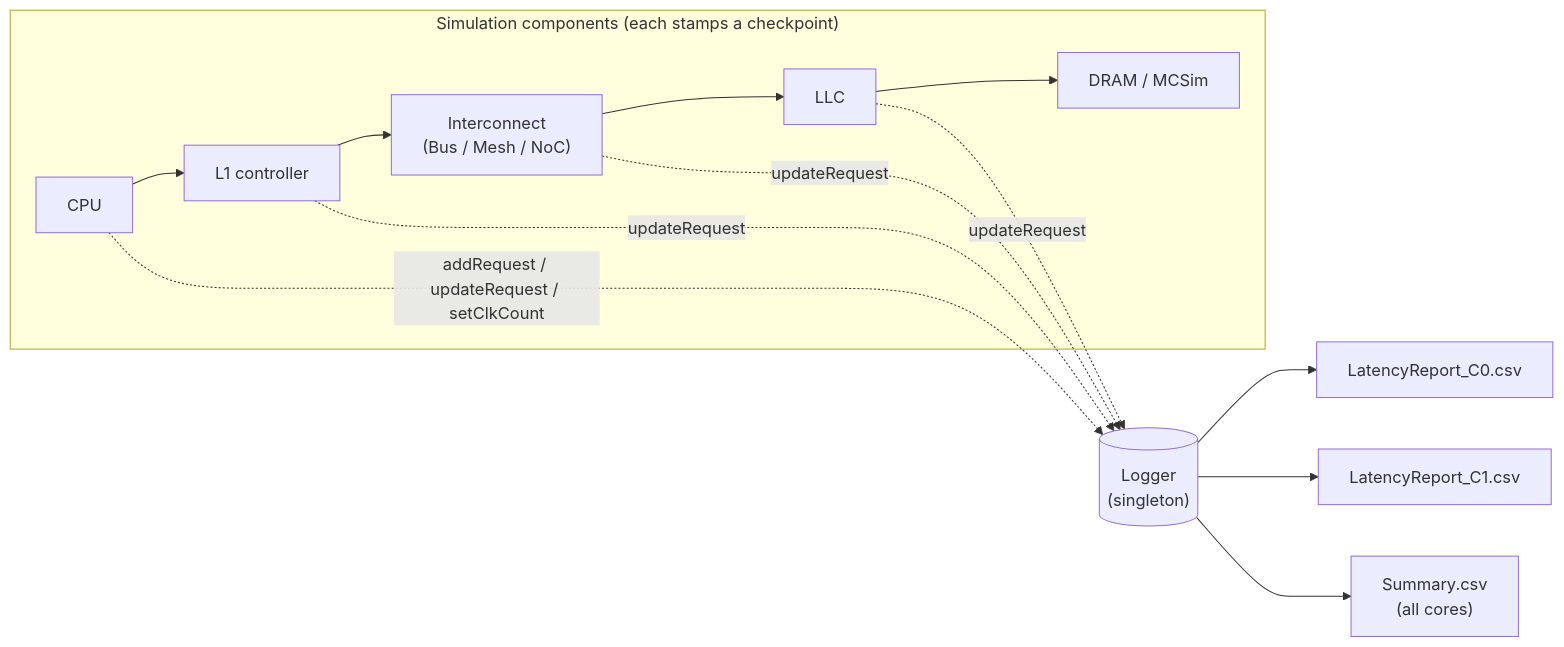
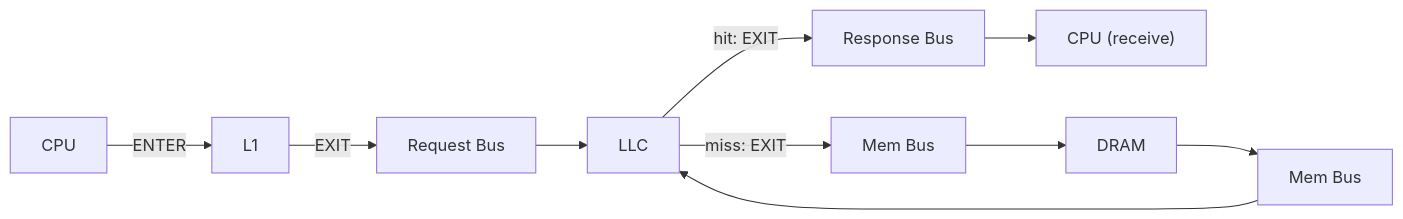
The first of 2 diagrams in docs/Logger.md (FanosResearch/OctopusSimulator), drawn with Mermaid before and after one commit. The commit also changed other lines of this file and 16 other files, not shown here.

````diff
--- a/docs/Logger.md
+++ b/docs/Logger.md
@@ -22,13 +49,7 @@
 ```mermaid
 flowchart LR
-    subgraph Sim["Simulation components (each stamps a checkpoint)"]
-        CPU["CPU"] --> L1["L1 controller"] --> BUS["Interconnect<br/>(Bus / Mesh / NoC)"] --> LLC["LLC"] --> MEM["DRAM / MCSim"]
-    end
-    CPU -. "addRequest / updateRequest / setClkCount" .-> LOG[("Logger<br/>(singleton)")]
-    L1 -. updateRequest .-> LOG
-    BUS -. updateRequest .-> LOG
-    LLC -. updateRequest .-> LOG
-    LOG --> R1["LatencyReport_C0.csv"]
-    LOG --> R2["LatencyReport_C1.csv"]
-    LOG --> SUM["Summary.csv<br/>(all cores)"]
+    CPU["CPU"] -->|ENTER| L1["L1"] -->|EXIT| RB["Request Bus"]
+    RB --> LLC["LLC"]
+    LLC -->|hit: EXIT| RSB["Response Bus"] --> CPU2["CPU (receive)"]
+    LLC -->|miss: EXIT| MB["Mem Bus"] --> DR["DRAM"] --> MB2["Mem Bus"] --> LLC
 ```
````
